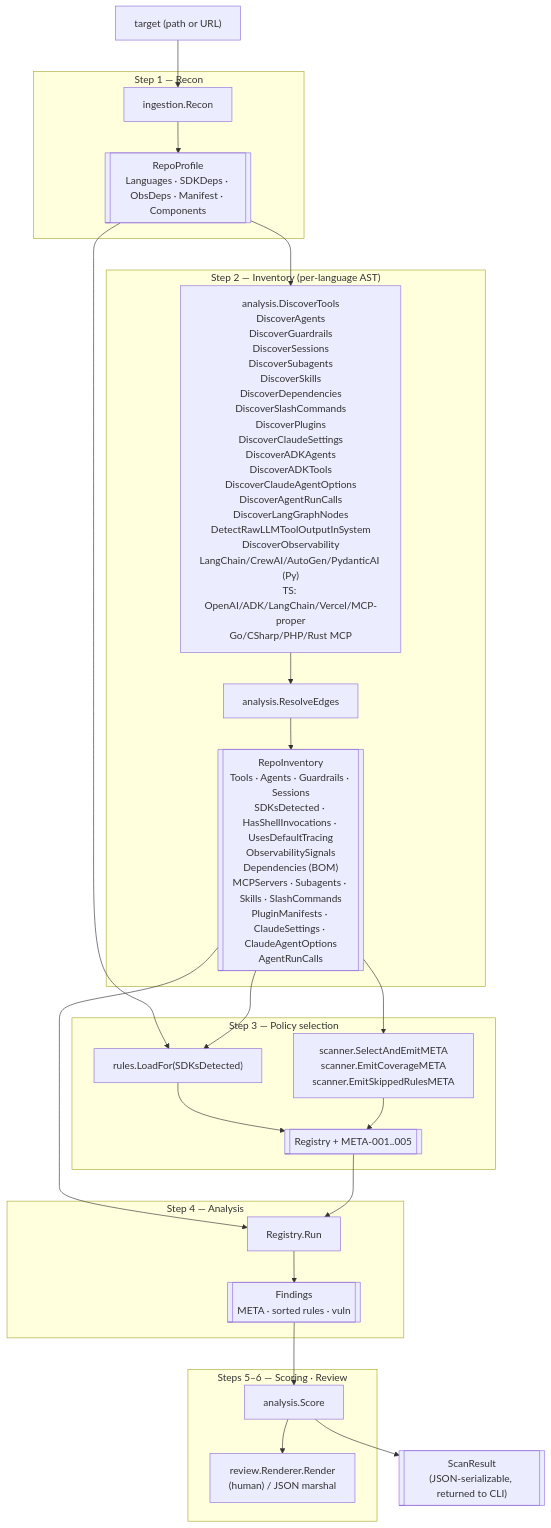
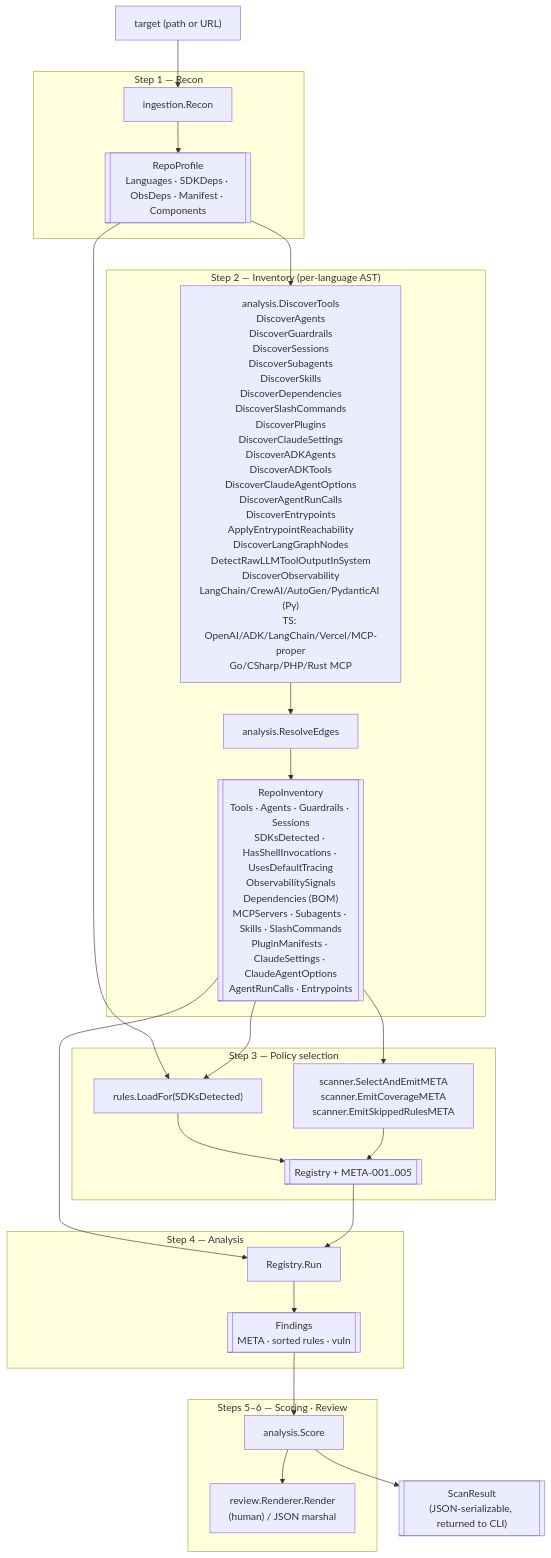
The first of 4 diagrams in ARCHITECTURE.md (trustabl/agent-reliability-analyzer), drawn with Mermaid before and after one commit. The commit also changed other lines of this file and 9 other files, not shown here.

First line of the commit message:
feat(analysis): discover server entrypoints and stamp reachable run calls

````diff
--- a/ARCHITECTURE.md
+++ b/ARCHITECTURE.md
@@ -380,49 +380,49 @@
 ```mermaid
 flowchart TD
     target["target (path or URL)"]
 
     subgraph S1["Step 1 — Recon"]
         recon["ingestion.Recon"]
         profile[["RepoProfile<br/>Languages · SDKDeps · ObsDeps · Manifest · Components"]]
         recon --> profile
     end
 
     subgraph S2["Step 2 — Inventory (per-language AST)"]
-        disc["analysis.DiscoverTools<br/>DiscoverAgents<br/>DiscoverGuardrails<br/>DiscoverSessions<br/>DiscoverSubagents<br/>DiscoverSkills<br/>DiscoverDependencies<br/>DiscoverSlashCommands<br/>DiscoverPlugins<br/>DiscoverClaudeSettings<br/>DiscoverADKAgents<br/>DiscoverADKTools<br/>DiscoverClaudeAgentOptions<br/>DiscoverAgentRunCalls<br/>DiscoverLangGraphNodes<br/>DetectRawLLMToolOutputInSystem<br/>DiscoverObservability<br/>LangChain/CrewAI/AutoGen/PydanticAI (Py)<br/>TS: OpenAI/ADK/LangChain/Vercel/MCP-proper<br/>Go/CSharp/PHP/Rust MCP"]
+        disc["analysis.DiscoverTools<br/>DiscoverAgents<br/>DiscoverGuardrails<br/>DiscoverSessions<br/>DiscoverSubagents<br/>DiscoverSkills<br/>DiscoverDependencies<br/>DiscoverSlashCommands<br/>DiscoverPlugins<br/>DiscoverClaudeSettings<br/>DiscoverADKAgents<br/>DiscoverADKTools<br/>DiscoverClaudeAgentOptions<br/>DiscoverAgentRunCalls<br/>DiscoverEntrypoints<br/>ApplyEntrypointReachability<br/>DiscoverLangGraphNodes<br/>DetectRawLLMToolOutputInSystem<br/>DiscoverObservability<br/>LangChain/CrewAI/AutoGen/PydanticAI (Py)<br/>TS: OpenAI/ADK/LangChain/Vercel/MCP-proper<br/>Go/CSharp/PHP/Rust MCP"]
         edges["analysis.ResolveEdges"]
-        inv[["RepoInventory<br/>Tools · Agents · Guardrails · Sessions<br/>SDKsDetected · HasShellInvocations · UsesDefaultTracing<br/>ObservabilitySignals<br/>Dependencies (BOM)<br/>MCPServers · Subagents · Skills · SlashCommands<br/>PluginManifests · ClaudeSettings · ClaudeAgentOptions<br/>AgentRunCalls"]]
+        inv[["RepoInventory<br/>Tools · Agents · Guardrails · Sessions<br/>SDKsDetected · HasShellInvocations · UsesDefaultTracing<br/>ObservabilitySignals<br/>Dependencies (BOM)<br/>MCPServers · Subagents · Skills · SlashCommands<br/>PluginManifests · ClaudeSettings · ClaudeAgentOptions<br/>AgentRunCalls · Entrypoints"]]
         disc --> edges --> inv
     end
 
     subgraph S3["Step 3 — Policy selection"]
         loadfor["rules.LoadFor(SDKsDetected)"]
         meta["scanner.SelectAndEmitMETA<br/>scanner.EmitCoverageMETA<br/>scanner.EmitSkippedRulesMETA"]
         reg[["Registry + META-001..005"]]
         loadfor --> reg
         meta --> reg
     end
 
     subgraph S4["Step 4 — Analysis"]
         run["Registry.Run"]
         findings[["Findings<br/>META · sorted rules · vuln"]]
         run --> findings
     end
 
     subgraph S56["Steps 5–6 — Scoring · Review"]
         score["analysis.Score"]
         render["review.Renderer.Render<br/>(human) / JSON marshal"]
         score --> render
     end
 
     result[["ScanResult<br/>(JSON-serializable, returned to CLI)"]]
 
     target --> recon
     profile --> disc
     profile --> loadfor
     inv --> loadfor
     inv --> meta
     inv --> run
     reg --> run
     findings --> score
     score --> result
 ```
````
